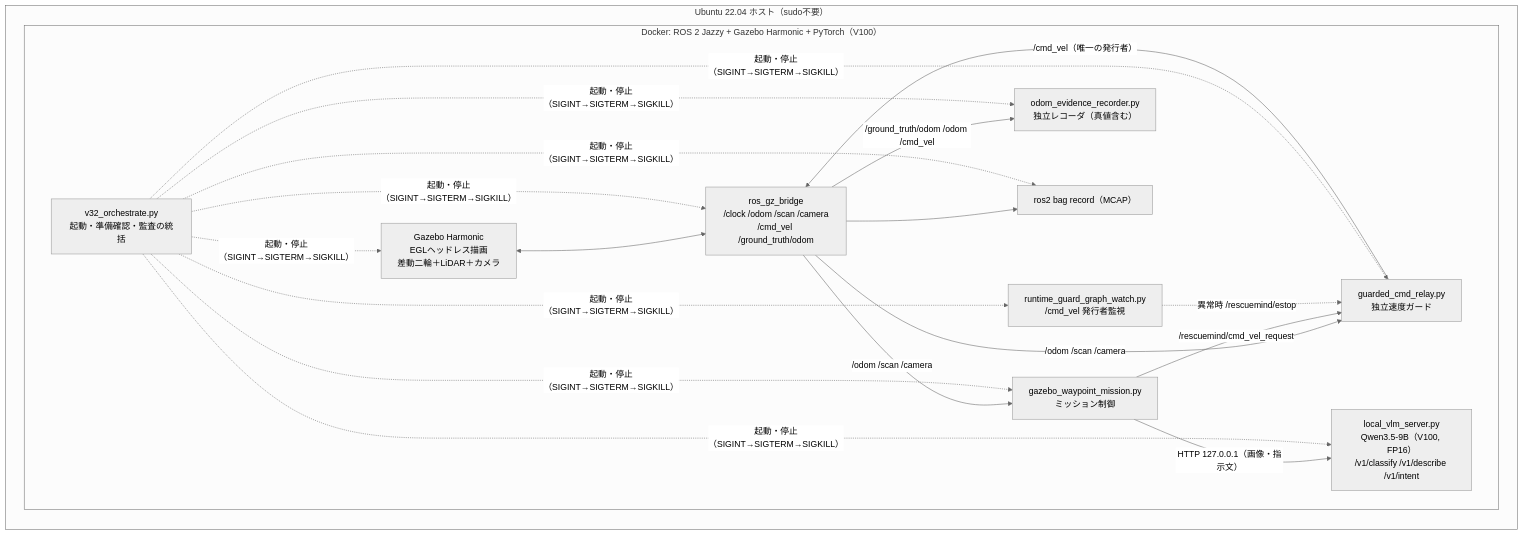
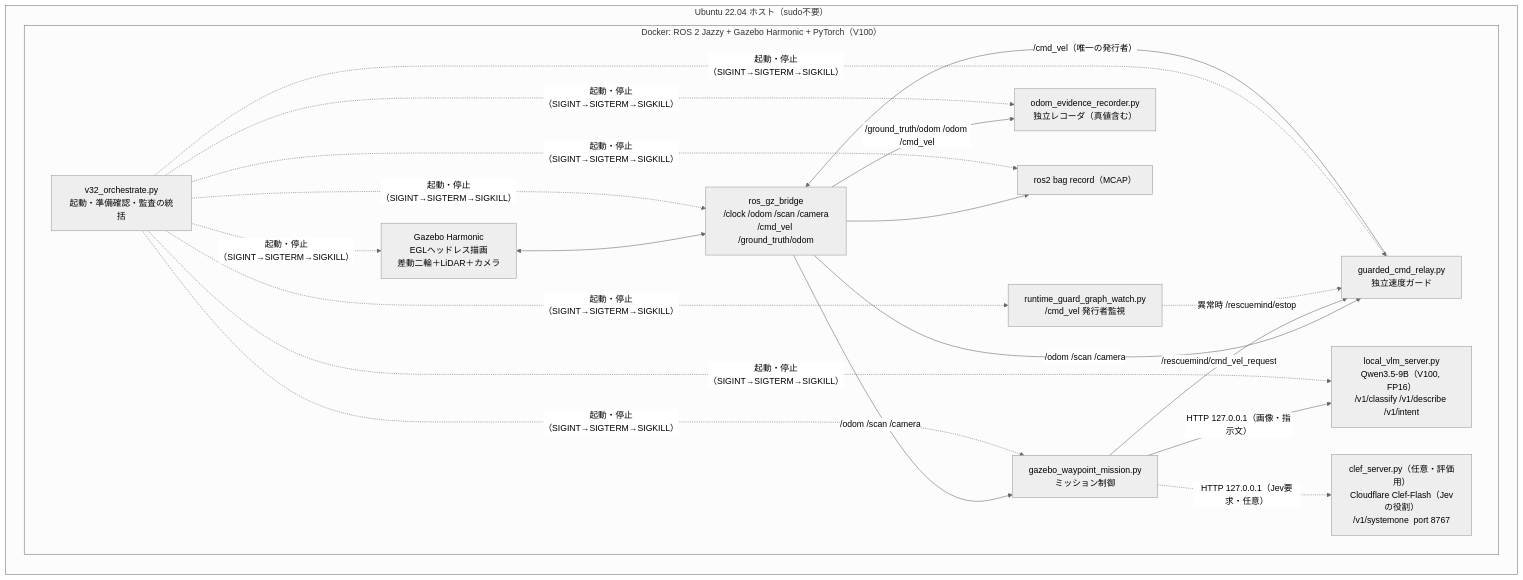
One commit to fe2131-art/rescue-mind changed the first of 4 diagrams in docs/ARCHITECTURE.md. Above: the diagram before and after it, drawn with Mermaid (neutral theme). The commit also changed other lines of this file and 2 other files, not shown here.

Commit message:
docs: architecture, design decisions D9-D12 and findings #15-#18 for I-09 to I-14

````diff
--- a/docs/ARCHITECTURE.md
+++ b/docs/ARCHITECTURE.md
@@ -8,26 +8,28 @@
 ```mermaid
 flowchart LR
   subgraph Host["Ubuntu 22.04 ホスト（sudo不要）"]
     subgraph C["Docker: ROS 2 Jazzy + Gazebo Harmonic + PyTorch（V100）"]
       ORC["v32_orchestrate.py<br/>起動・準備確認・監査の統括"]
       GZ["Gazebo Harmonic<br/>EGLヘッドレス描画<br/>差動二輪＋LiDAR＋カメラ"]
       BR["ros_gz_bridge<br/>/clock /odom /scan /camera<br/>/cmd_vel /ground_truth/odom"]
       VLM["local_vlm_server.py<br/>Qwen3.5-9B（V100, FP16）<br/>/v1/classify /v1/describe /v1/intent"]
+      CLEF["clef_server.py（任意・評価用）<br/>Cloudflare Clef-Flash（Jevの役割）<br/>/v1/systemone  port 8767"]
       MIS["gazebo_waypoint_mission.py<br/>ミッション制御"]
       GRD["guarded_cmd_relay.py<br/>独立速度ガード"]
       WAT["runtime_guard_graph_watch.py<br/>/cmd_vel 発行者監視"]
       REC["odom_evidence_recorder.py<br/>独立レコーダ（真値含む）"]
       BAG["ros2 bag record（MCAP）"]
     end
   end
   GZ <--> BR
   BR -- "/odom /scan /camera" --> MIS
   BR -- "/odom /scan /camera" --> GRD
   MIS -- "/rescuemind/cmd_vel_request" --> GRD
   GRD -- "/cmd_vel（唯一の発行者）" --> BR
   MIS -- "HTTP 127.0.0.1（画像・指示文）" --> VLM
+  MIS -. "HTTP 127.0.0.1（Jev要求・任意）" .-> CLEF
   WAT -. "異常時 /rescuemind/estop" .-> GRD
   BR -- "/ground_truth/odom /odom /cmd_vel" --> REC
   BR --> BAG
   ORC -. "起動・停止（SIGINT→SIGTERM→SIGKILL）" .-> GZ & BR & VLM & MIS & GRD & WAT & REC & BAG
 ```
````
